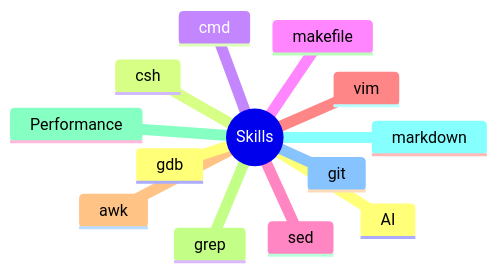
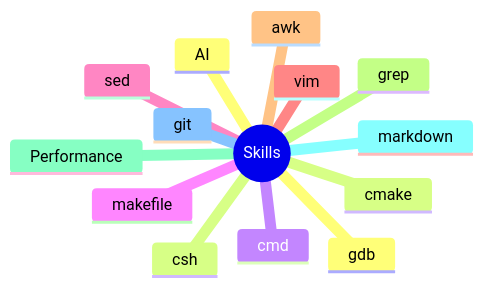
Before and after one commit to superupon/knowledge_zh: the diagram in notes/skill/skill_entry.md, drawn with Mermaid. The commit also changed other lines of this file and 1 other file, not shown here.

Commit message:
[misc] new entry for cmake

````diff
--- a/notes/skill/skill_entry.md
+++ b/notes/skill/skill_entry.md
@@ -16,16 +17,17 @@
 ```mermaid
 mindmap
 root((Skills))
   AI
   csh
   cmd
   makefile
   sed
   vim
   awk
   grep
   Performance
   markdown
   git
   gdb
+  cmake
 ```
````
